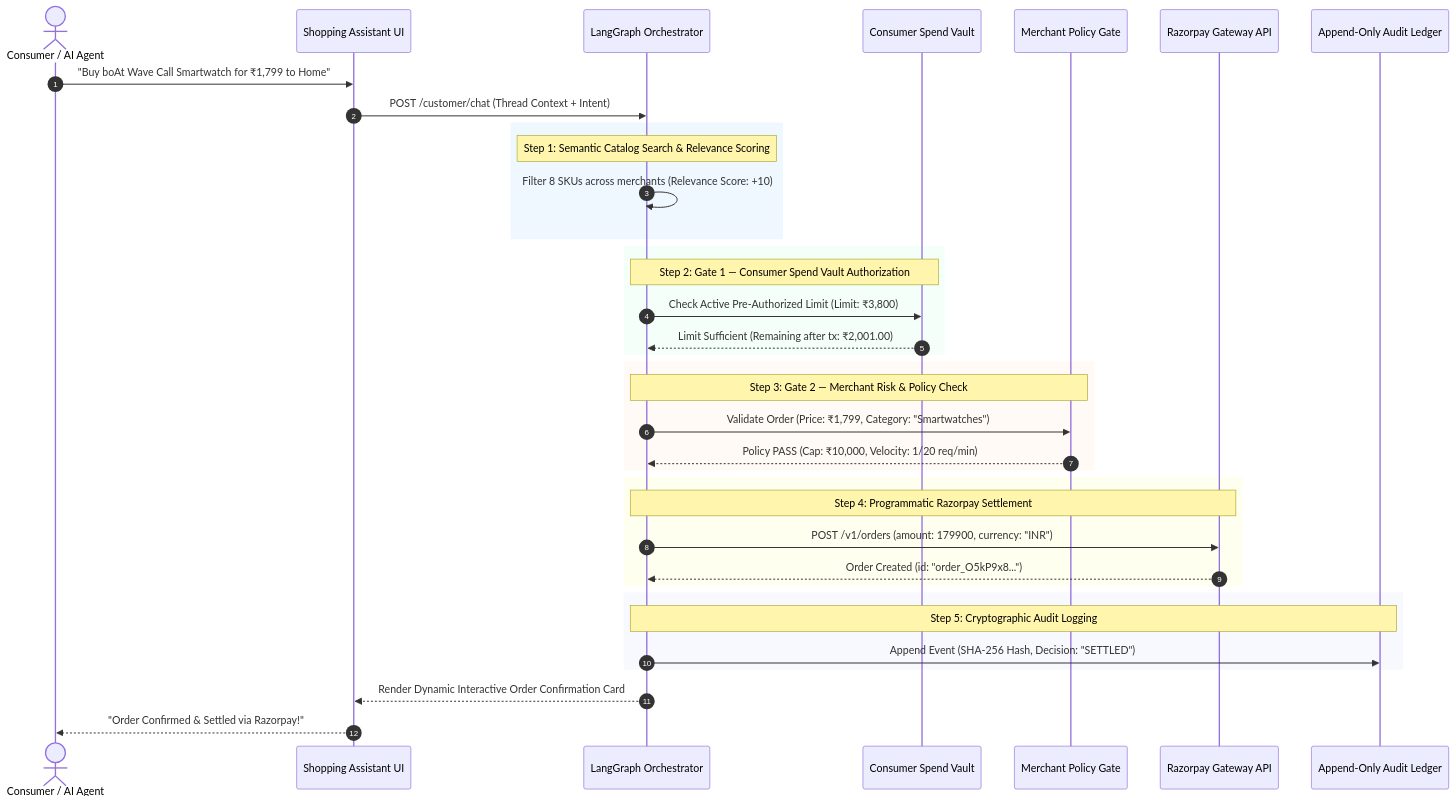
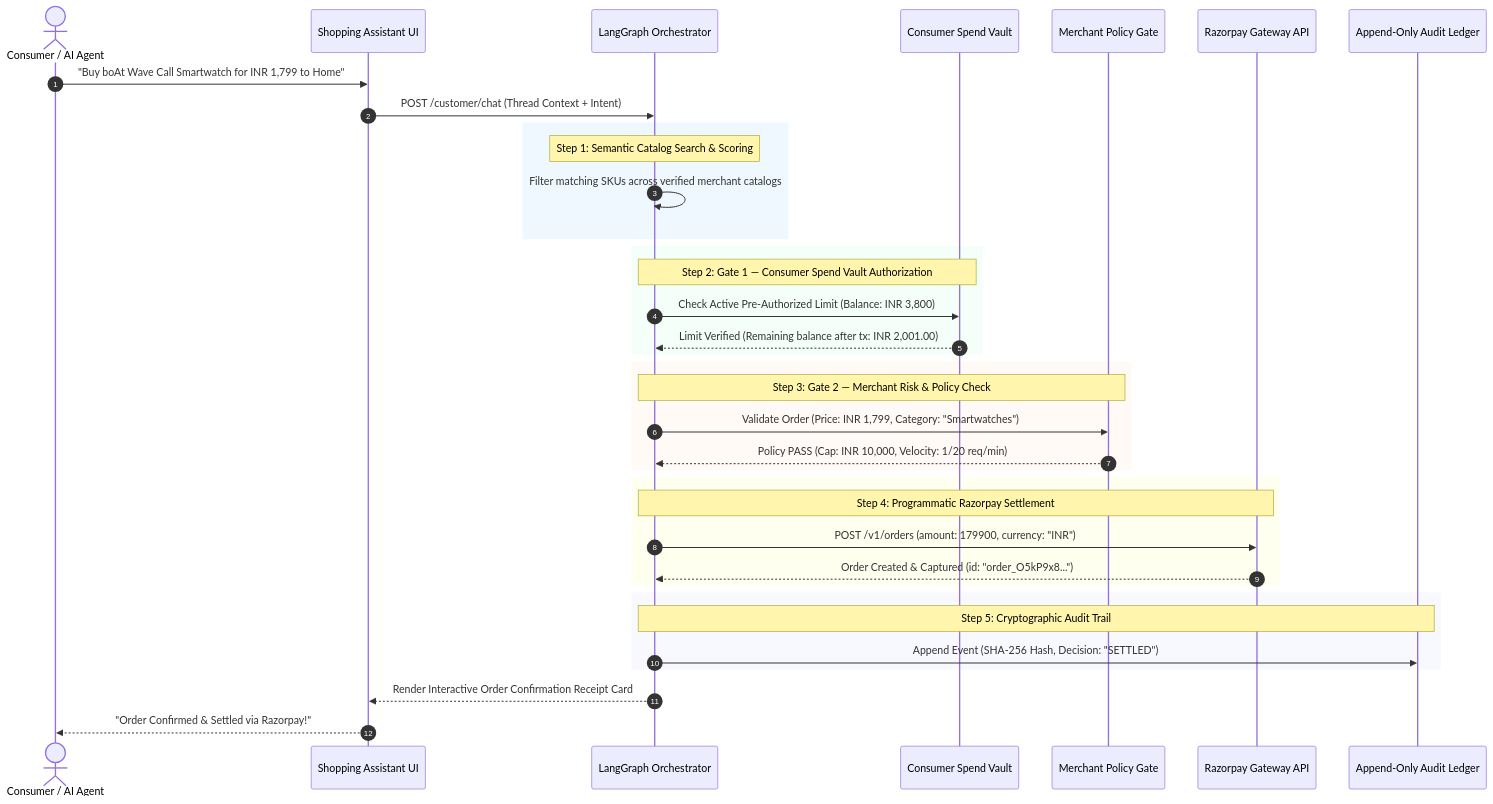
The diagram in README.md (prempatel-ai/buildathon), drawn with Mermaid before and after one commit. The commit also changed other lines of this file and 2 other files, not shown here.

````diff
--- a/README.md
+++ b/README.md
@@ -141,45 +142,45 @@
 ```mermaid
 sequenceDiagram
     autonumber
     actor User as Consumer / AI Agent
     participant Chat as Shopping Assistant UI
     participant Agent as LangGraph Orchestrator
     participant Vault as Consumer Spend Vault
     participant Policy as Merchant Policy Gate
     participant RZP as Razorpay Gateway API
     participant Audit as Append-Only Audit Ledger
 
-    User->>Chat: "Buy boAt Wave Call Smartwatch for ₹1,799 to Home"
+    User->>Chat: "Buy boAt Wave Call Smartwatch for INR 1,799 to Home"
     Chat->>Agent: POST /customer/chat (Thread Context + Intent)
     
     rect rgb(240, 248, 255)
-    Note over Agent: Step 1: Semantic Catalog Search & Relevance Scoring
-    Agent->>Agent: Filter 8 SKUs across merchants (Relevance Score: +10)
+    Note over Agent: Step 1: Semantic Catalog Search & Scoring
+    Agent->>Agent: Filter matching SKUs across verified merchant catalogs
     end
 
     rect rgb(245, 255, 250)
     Note over Agent,Vault: Step 2: Gate 1 — Consumer Spend Vault Authorization
-    Agent->>Vault: Check Active Pre-Authorized Limit (Limit: ₹3,800)
-    Vault-->>Agent: Limit Sufficient (Remaining after tx: ₹2,001.00)
+    Agent->>Vault: Check Active Pre-Authorized Limit (Balance: INR 3,800)
+    Vault-->>Agent: Limit Verified (Remaining balance after tx: INR 2,001.00)
     end
 
     rect rgb(255, 250, 245)
     Note over Agent,Policy: Step 3: Gate 2 — Merchant Risk & Policy Check
-    Agent->>Policy: Validate Order (Price: ₹1,799, Category: "Smartwatches")
-    Policy-->>Agent: Policy PASS (Cap: ₹10,000, Velocity: 1/20 req/min)
+    Agent->>Policy: Validate Order (Price: INR 1,799, Category: "Smartwatches")
+    Policy-->>Agent: Policy PASS (Cap: INR 10,000, Velocity: 1/20 req/min)
     end
 
     rect rgb(255, 255, 240)
     Note over Agent,RZP: Step 4: Programmatic Razorpay Settlement
     Agent->>RZP: POST /v1/orders (amount: 179900, currency: "INR")
-    RZP-->>Agent: Order Created (id: "order_O5kP9x8...")
+    RZP-->>Agent: Order Created & Captured (id: "order_O5kP9x8...")
     end
 
     rect rgb(248, 248, 255)
-    Note over Agent,Audit: Step 5: Cryptographic Audit Logging
+    Note over Agent,Audit: Step 5: Cryptographic Audit Trail
     Agent->>Audit: Append Event (SHA-256 Hash, Decision: "SETTLED")
     end
 
-    Agent-->>Chat: Render Dynamic Interactive Order Confirmation Card
+    Agent-->>Chat: Render Interactive Order Confirmation Receipt Card
     Chat-->>User: "Order Confirmed & Settled via Razorpay!"
 ```
````
